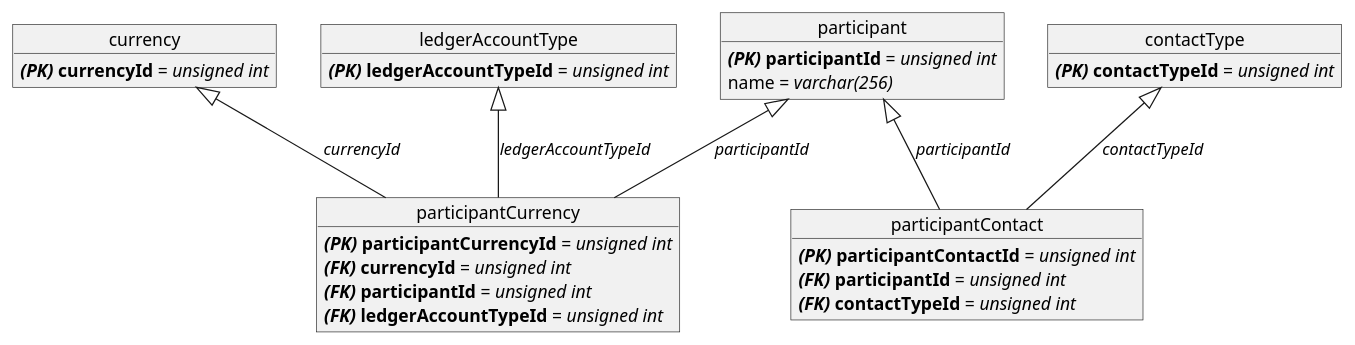
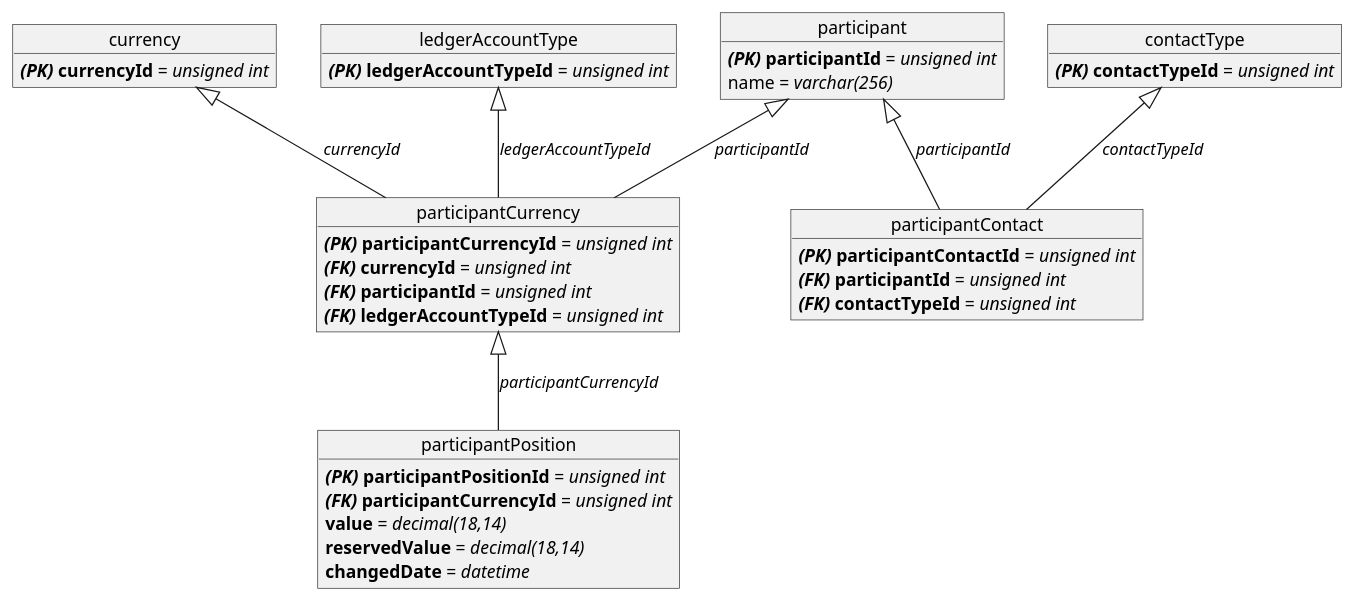
The diagram in solution_design/central-ledger-data-participant.puml (coilhq/mucoa), drawn with PlantUML before and after one commit. The commit also changed 11 other files, not shown here.

```diff
--- a/solution_design/central-ledger-data-participant.puml
+++ b/solution_design/central-ledger-data-participant.puml
@@ -1,27 +1,34 @@
 @startuml
 
 object participant
     participant : **//(PK)// participantId** = //unsigned int//
     participant : name = //varchar(256)//
 object currency
     currency : **//(PK)// currencyId** = //unsigned int//
 object contactType
     contactType : **//(PK)// contactTypeId** = //unsigned int//
 object ledgerAccountType
     ledgerAccountType : **//(PK)// ledgerAccountTypeId** = //unsigned int//
 object participantCurrency
     participantCurrency : **//(PK)// participantCurrencyId** = //unsigned int//
     participantCurrency : **//(FK)// currencyId** = //unsigned int//
     participantCurrency : **//(FK)// participantId** = //unsigned int//
     participantCurrency : **//(FK)// ledgerAccountTypeId** = //unsigned int//
+object participantPosition
+    participantPosition : **//(PK)// participantPositionId** = //unsigned int//
+    participantPosition : **//(FK)// participantCurrencyId** = //unsigned int//
+    participantPosition : **value** = //decimal(18,14)//
+    participantPosition : **reservedValue** = //decimal(18,14)//
+    participantPosition : **changedDate** = //datetime//
 object participantContact
     participantContact : **//(PK)// participantContactId** = //unsigned int//
     participantContact : **//(FK)// participantId** = //unsigned int//
     participantContact : **//(FK)// contactTypeId** = //unsigned int//
 currency <|-- participantCurrency : //currencyId//
 ledgerAccountType <|-- participantCurrency : //ledgerAccountTypeId//
 participant <|-- participantCurrency : //participantId//
 participant <|-- participantContact : //participantId//
+participantCurrency <|-- participantPosition : //participantCurrencyId//
 contactType <|-- participantContact : //contactTypeId//
 
 @enduml
```
